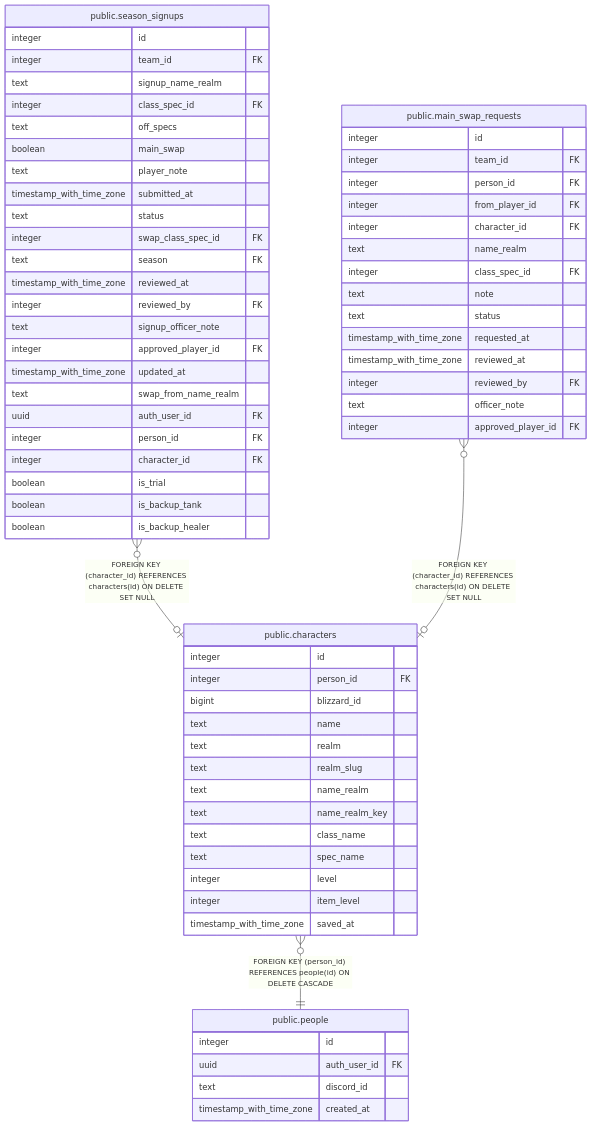
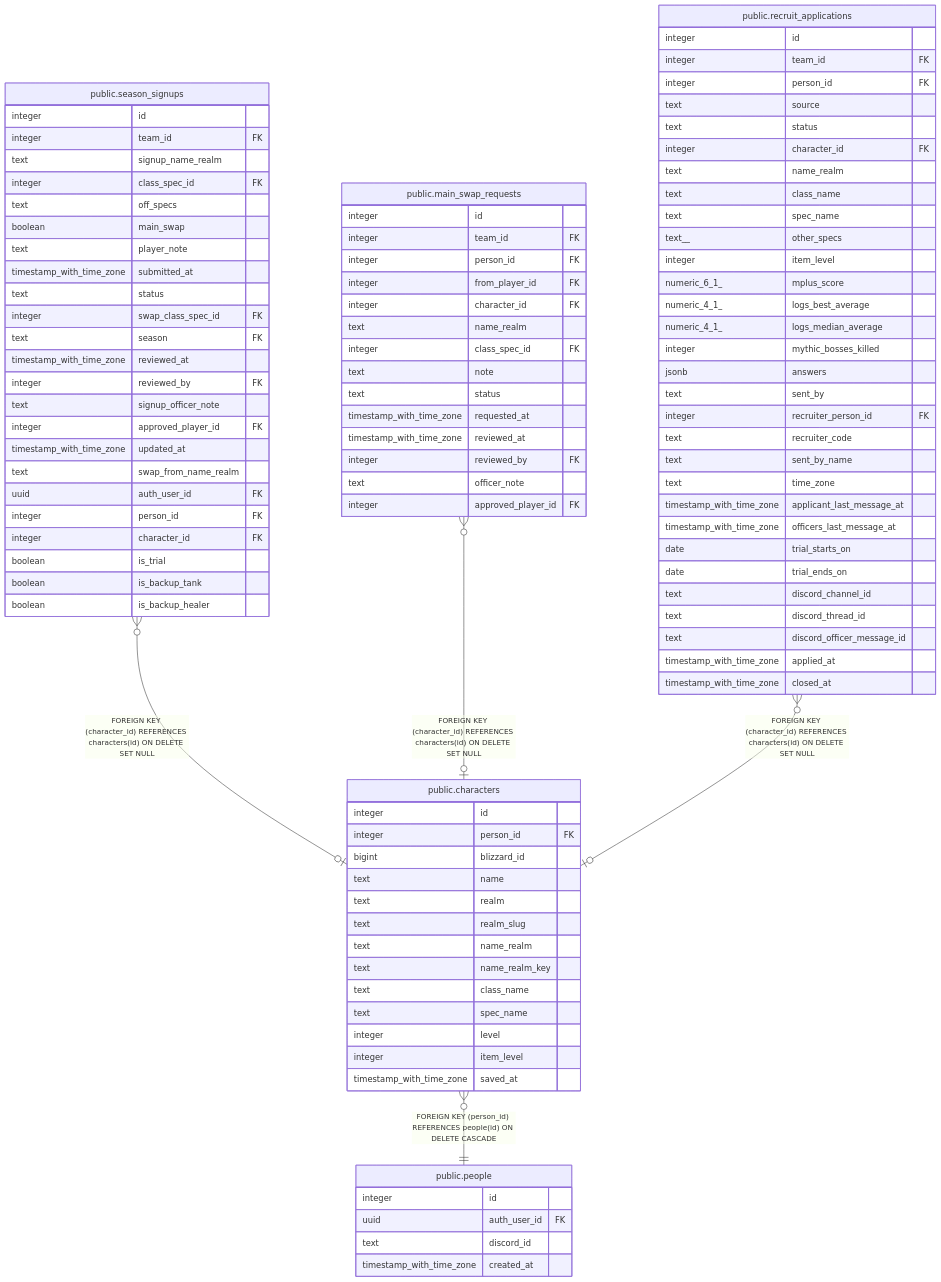
One commit to katogaming88/WGA-Raid-Hub changed the diagram in dbdoc/public.characters.md. Above: the diagram before and after it, drawn with Mermaid. The commit also changed other lines of this file and 48 other files, not shown here.

Commit message:
#1539: recruit records: applications with the send-time copy, notes, history, saved conversations and reminders; recruit_access(); site and bot functions

```diff
--- a/dbdoc/public.characters.md
+++ b/dbdoc/public.characters.md
@@ -45,6 +45,7 @@
 
 "public.season_signups" }o--o| "public.characters" : "FOREIGN KEY (character_id) REFERENCES characters(id) ON DELETE SET NULL"
 "public.main_swap_requests" }o--o| "public.characters" : "FOREIGN KEY (character_id) REFERENCES characters(id) ON DELETE SET NULL"
+"public.recruit_applications" }o--o| "public.characters" : "FOREIGN KEY (character_id) REFERENCES characters(id) ON DELETE SET NULL"
 "public.characters" }o--|| "public.people" : "FOREIGN KEY (person_id) REFERENCES people(id) ON DELETE CASCADE"
 
 "public.characters" {
@@ -103,6 +104,38 @@
   text officer_note
   integer approved_player_id FK
 }
+"public.recruit_applications" {
+  integer id
+  integer team_id FK
+  integer person_id FK
+  text source
+  text status
+  integer character_id FK
+  text name_realm
+  text class_name
+  text spec_name
+  text__ other_specs
+  integer item_level
+  numeric_6_1_ mplus_score
+  numeric_4_1_ logs_best_average
+  numeric_4_1_ logs_median_average
+  integer mythic_bosses_killed
+  jsonb answers
+  text sent_by
+  integer recruiter_person_id FK
+  text recruiter_code
+  text sent_by_name
+  text time_zone
+  timestamp_with_time_zone applicant_last_message_at
+  timestamp_with_time_zone officers_last_message_at
+  date trial_starts_on
+  date trial_ends_on
+  text discord_channel_id
+  text discord_thread_id
+  text discord_officer_message_id
+  timestamp_with_time_zone applied_at
+  timestamp_with_time_zone closed_at
+}
 "public.people" {
   integer id
   uuid auth_user_id FK
```
